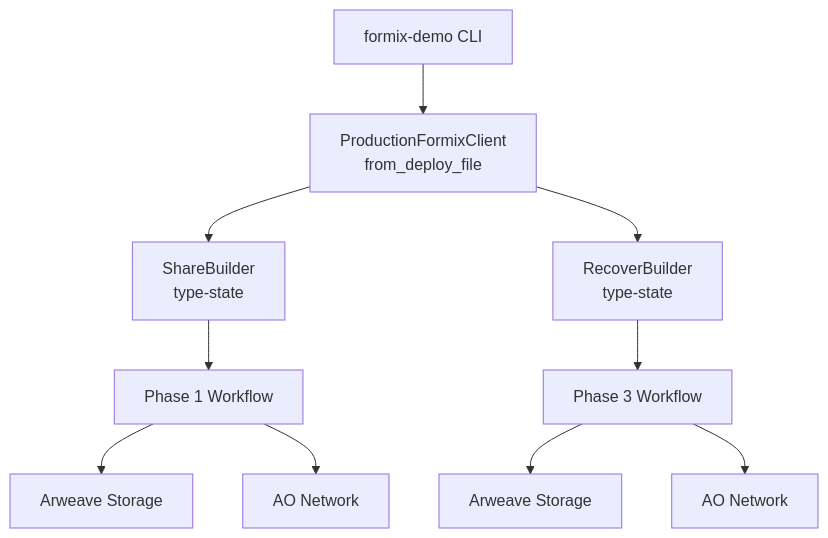
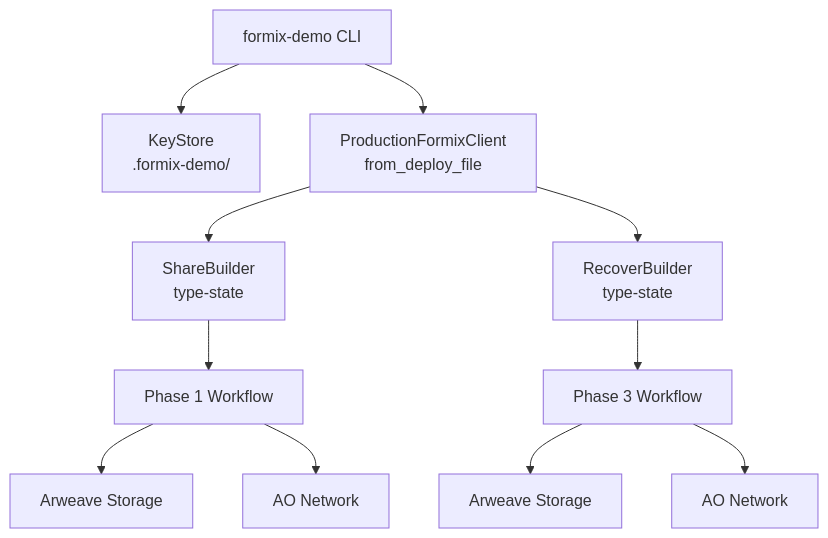
The second of 2 diagrams in demo/README.md (shodaimomiyama/D-TPRES), drawn with Mermaid before and after one commit. The commit also changed other lines of this file and 5 other files, not shown here.

````diff
--- a/demo/README.md
+++ b/demo/README.md
@@ -149,23 +196,25 @@
 ```mermaid
 graph TD
     CLI[formix-demo CLI]
+    KS[KeyStore<br/>.formix-demo/]
     Client[ProductionFormixClient<br/>from_deploy_file]
     Share[ShareBuilder<br/>type-state]
     Recover[RecoverBuilder<br/>type-state]
     P1[Phase 1 Workflow]
     P3[Phase 3 Workflow]
     AR1[Arweave Storage]
     AO1[AO Network]
     AR2[Arweave Storage]
     AO2[AO Network]
 
+    CLI --> KS
     CLI --> Client
     Client --> Share
     Client --> Recover
     Share --> P1
     Recover --> P3
     P1 --> AR1
     P1 --> AO1
     P3 --> AR2
     P3 --> AO2
 ```
````
